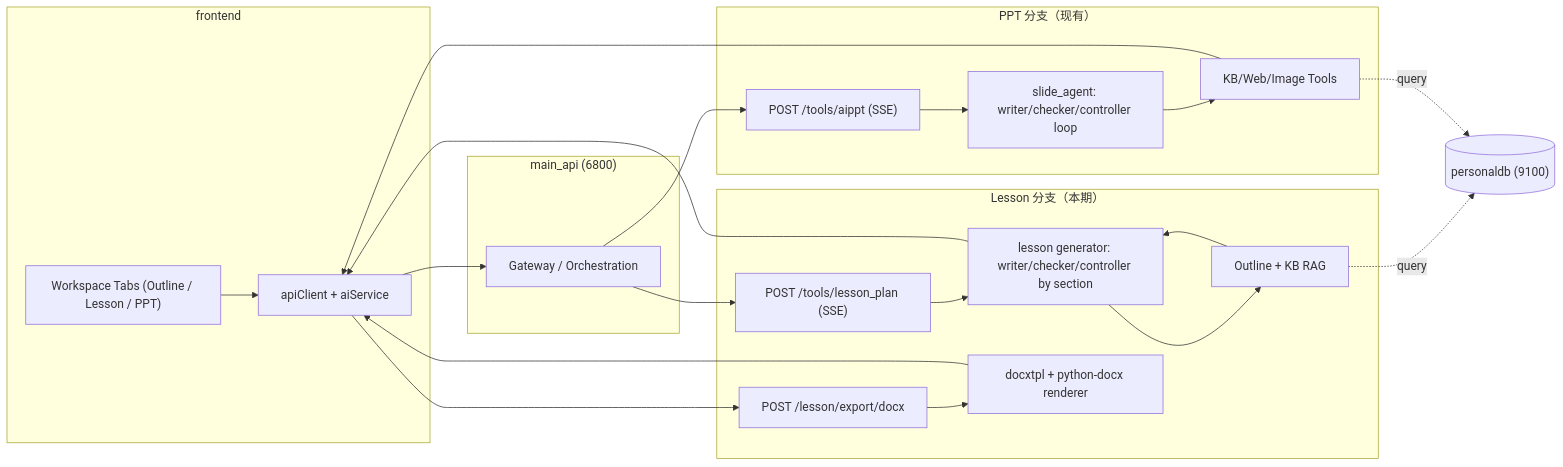
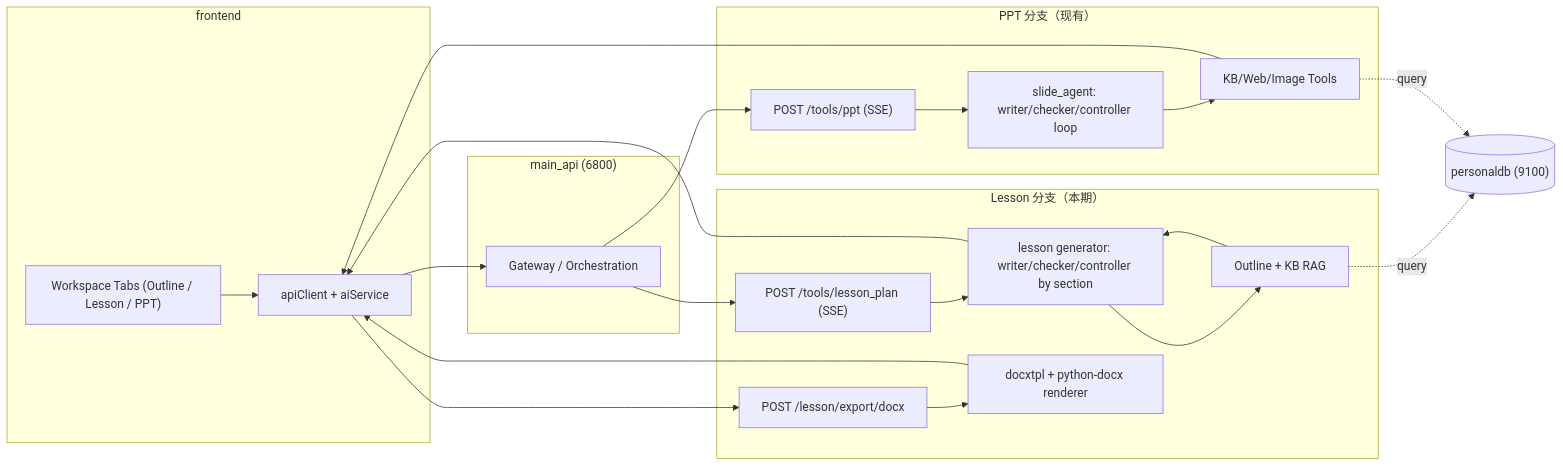
Before and after one commit to rbetree/TeachDo: the first of 2 diagrams in doc/dev/LESSON_WORD_IMPLEMENTATION_RESEARCH.md, drawn with Mermaid. The commit also changed other lines of this file and 48 other files, not shown here.

````diff
--- a/doc/dev/LESSON_WORD_IMPLEMENTATION_RESEARCH.md
+++ b/doc/dev/LESSON_WORD_IMPLEMENTATION_RESEARCH.md
@@ -59,34 +60,34 @@
 ```mermaid
 flowchart LR
   subgraph FE["frontend"]
     UI["Workspace Tabs (Outline / Lesson / PPT)"]
     API["apiClient + aiService"]
     UI --> API
   end
 
   subgraph BFF["main_api (6800)"]
     GW["Gateway / Orchestration"]
   end
   API --> GW
 
   subgraph PPT["PPT 分支（现有）"]
-    P1["POST /tools/aippt (SSE)"]
+    P1["POST /tools/ppt (SSE)"]
     P2["slide_agent: writer/checker/controller loop"]
     P3["KB/Web/Image Tools"]
     GW --> P1 --> P2 --> P3 --> API
   end
 
   subgraph LESSON["Lesson 分支（本期）"]
     L1["POST /tools/lesson_plan (SSE)"]
     L2["lesson generator: writer/checker/controller by section"]
     L3["Outline + KB RAG"]
     L4["POST /lesson/export/docx"]
     L5["docxtpl + python-docx renderer"]
     GW --> L1 --> L2 --> L3 --> L2 --> API
     API --> L4 --> L5 --> API
   end
 
   KB[("personaldb (9100)")]
   L3 -. query .-> KB
   P3 -. query .-> KB
 ```
````
